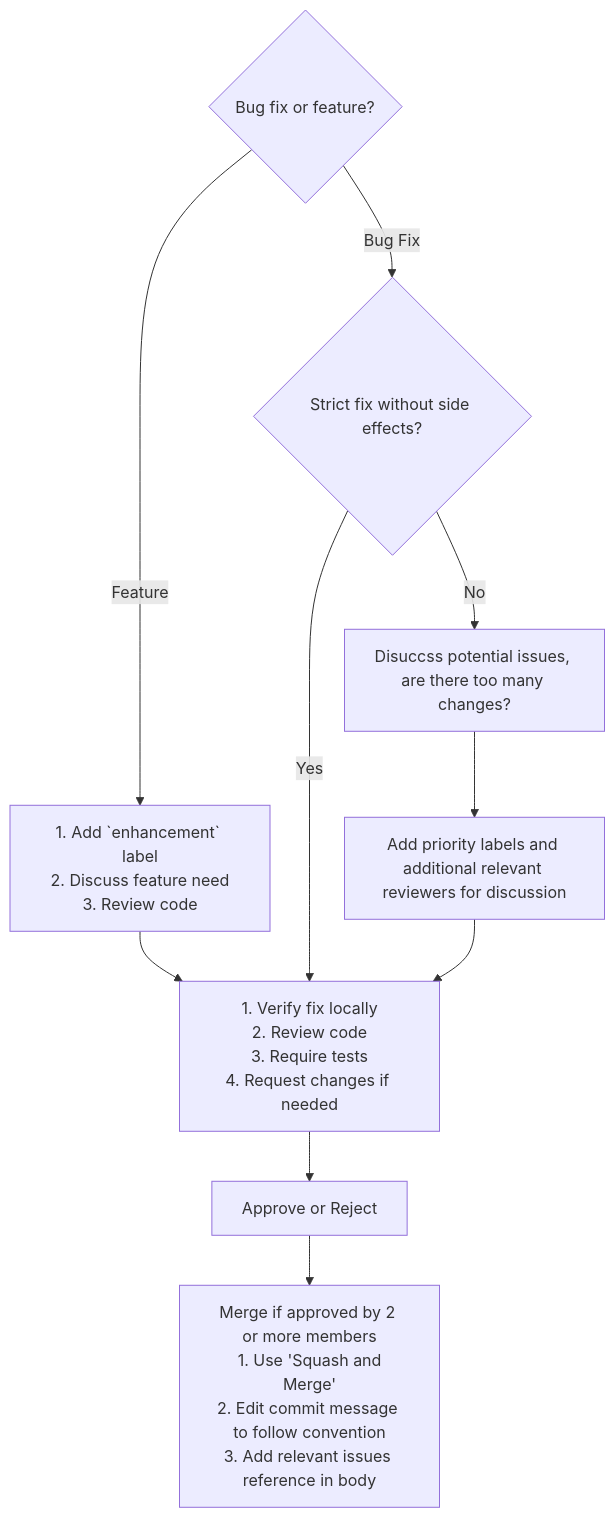
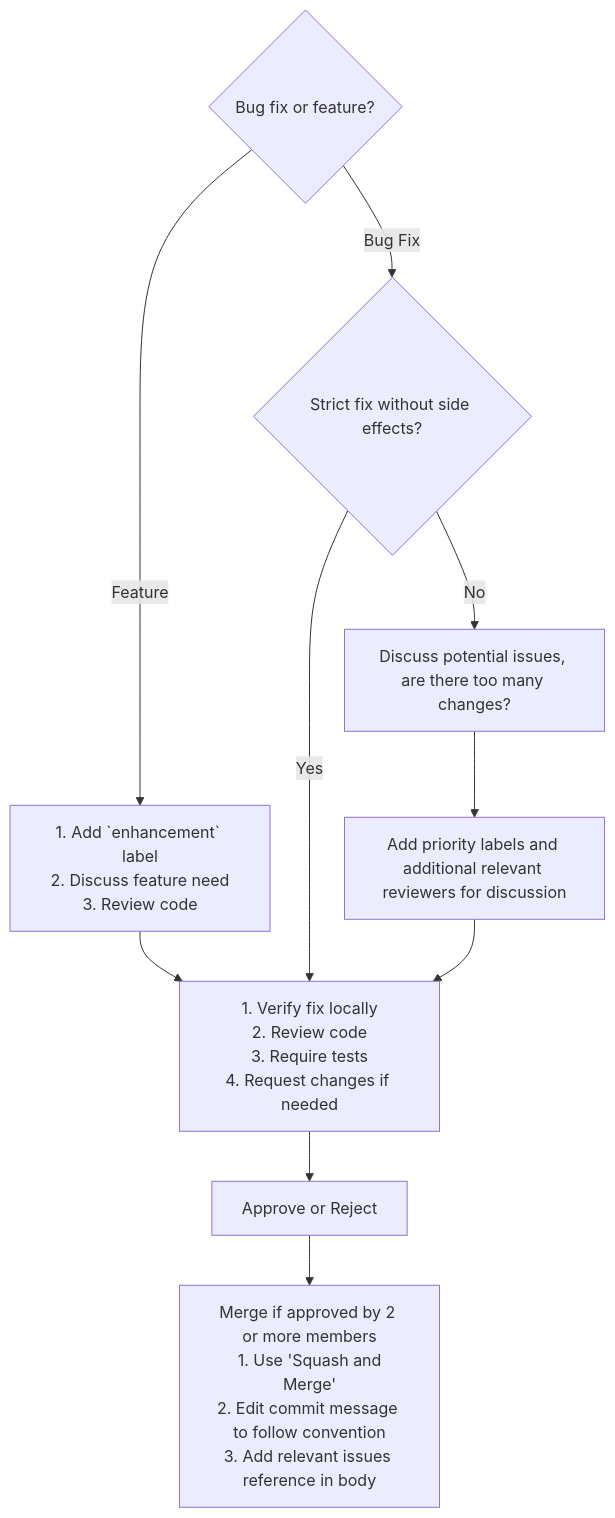
Before and after one commit to DARPA-ASKEM/terarium: the second of 2 diagrams in .github/CONTRIBUTING.md, drawn with Mermaid.

Commit message:
Update .github/CONTRIBUTING.md
typo

````diff
--- a/.github/CONTRIBUTING.md
+++ b/.github/CONTRIBUTING.md
@@ -120,13 +120,13 @@
 ```mermaid
 flowchart TD
 	A{Bug fix or feature?}
 	A --> |Bug Fix| B{Strict fix without side effects?}
 	A --> |Feature| C[1. Add `enhancement` label\n2. Discuss feature need\n3. Review code]
 	C --> D
 	B --> |Yes| D[1. Verify fix locally\n2. Review code\n3. Require tests\n4. Request changes if needed]
 	D --> E[Approve or Reject]
-	B --> |No| G[Disuccss potential issues, are there too many changes?]
+	B --> |No| G[Discuss potential issues, are there too many changes?]
 	G --> H[Add priority labels and additional relevant reviewers for discussion]
 	H --> D
 	E --> F[Merge if approved by 2 or more members\n 1. Use 'Squash and Merge'\n2. Edit commit message to follow convention\n3. Add relevant issues reference in body]
 ```
````
